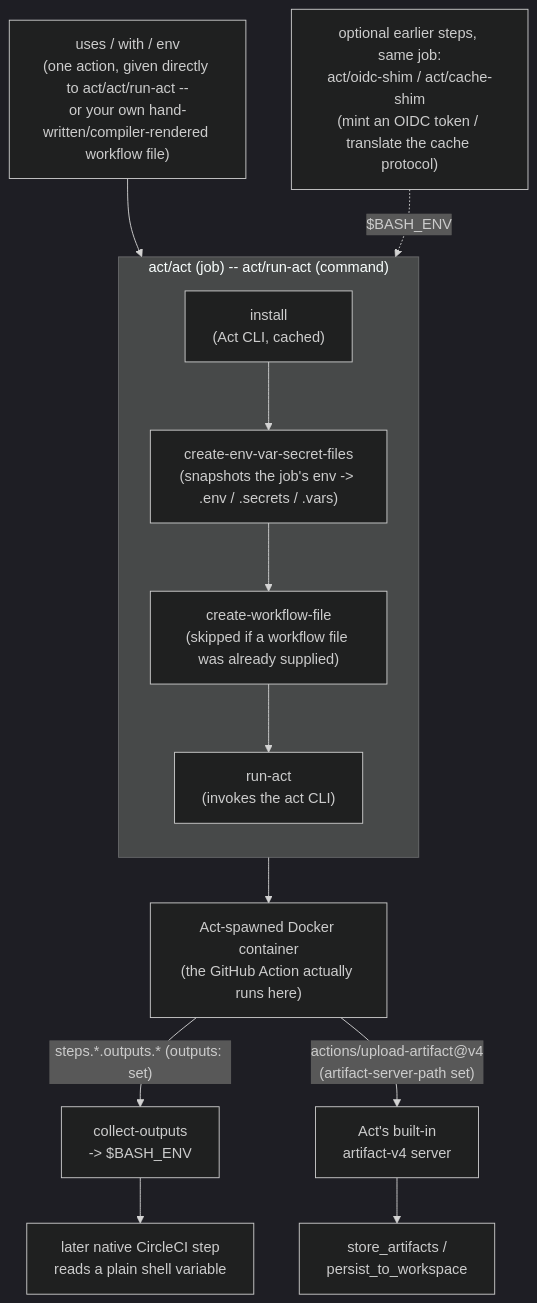
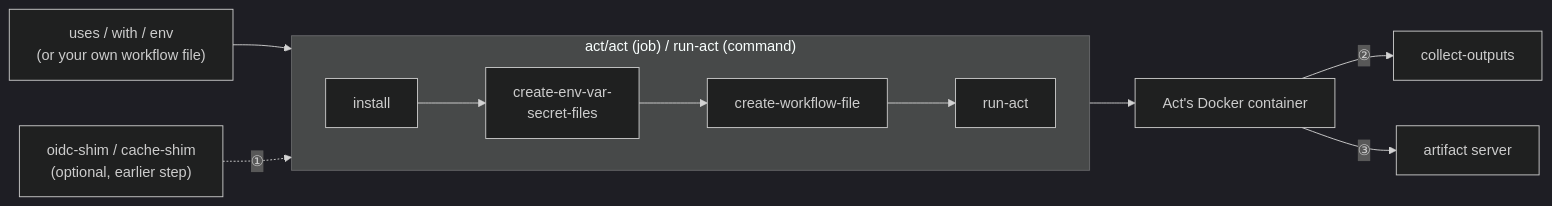
One commit to CircleCI-Labs/act-orb changed the first of 2 diagrams in README.md. Above: the diagram before and after it, drawn with Mermaid (dark theme). The commit also changed other lines of this file and 3 other files, not shown here.

````diff
--- a/README.md
+++ b/README.md
@@ -130,21 +131,15 @@
 ```mermaid
-flowchart TD
-    A1["uses / with / env<br/>(one action, given directly to act/act/run-act --<br/>or your own hand-written/compiler-rendered workflow file)"]
+flowchart LR
+    A1["uses / with / env<br/>(or your own workflow file)"] --> ACTCMD
 
-    SHIM["optional earlier steps, same job:<br/>act/oidc-shim / act/cache-shim<br/>(mint an OIDC token / translate the cache protocol)"]
+    SHIM["oidc-shim / cache-shim<br/>(optional, earlier step)"] -. "①" .-> ACTCMD
 
-    A1 --> ACTCMD
-    SHIM -. "$BASH_ENV" .-> ACTCMD
-
-    subgraph ACTCMD["act/act (job) -- act/run-act (command)"]
-        direction TB
-        INSTALL["install<br/>(Act CLI, cached)"] --> CEVSF["create-env-var-secret-files<br/>(snapshots the job's env -&gt; .env / .secrets / .vars)"] --> CWF["create-workflow-file<br/>(skipped if a workflow file was already supplied)"] --> RA["run-act<br/>(invokes the act CLI)"]
+    subgraph ACTCMD["act/act (job) / run-act (command)"]
+        direction LR
+        INSTALL["install"] --> CEVSF["create-env-var-<br/>secret-files"] --> CWF["create-workflow-file"] --> RA["run-act"]
     end
 
-    RA --> CONTAINER["Act-spawned Docker container<br/>(the GitHub Action actually runs here)"]
-
-    CONTAINER -->|"steps.*.outputs.* (outputs: set)"| COLLECT["collect-outputs<br/>-&gt; $BASH_ENV"]
-    CONTAINER -->|"actions/upload-artifact@v4<br/>(artifact-server-path set)"| ARTSRV["Act's built-in<br/>artifact-v4 server"]
-    ARTSRV --> STOREART["store_artifacts /<br/>persist_to_workspace"]
-    COLLECT --> NEXT["later native CircleCI step<br/>reads a plain shell variable"]
+    RA --> CONTAINER["Act's Docker container"]
+    CONTAINER -->|"②"| COLLECT["collect-outputs"]
+    CONTAINER -->|"③"| ARTSRV["artifact server"]
 ```
````
